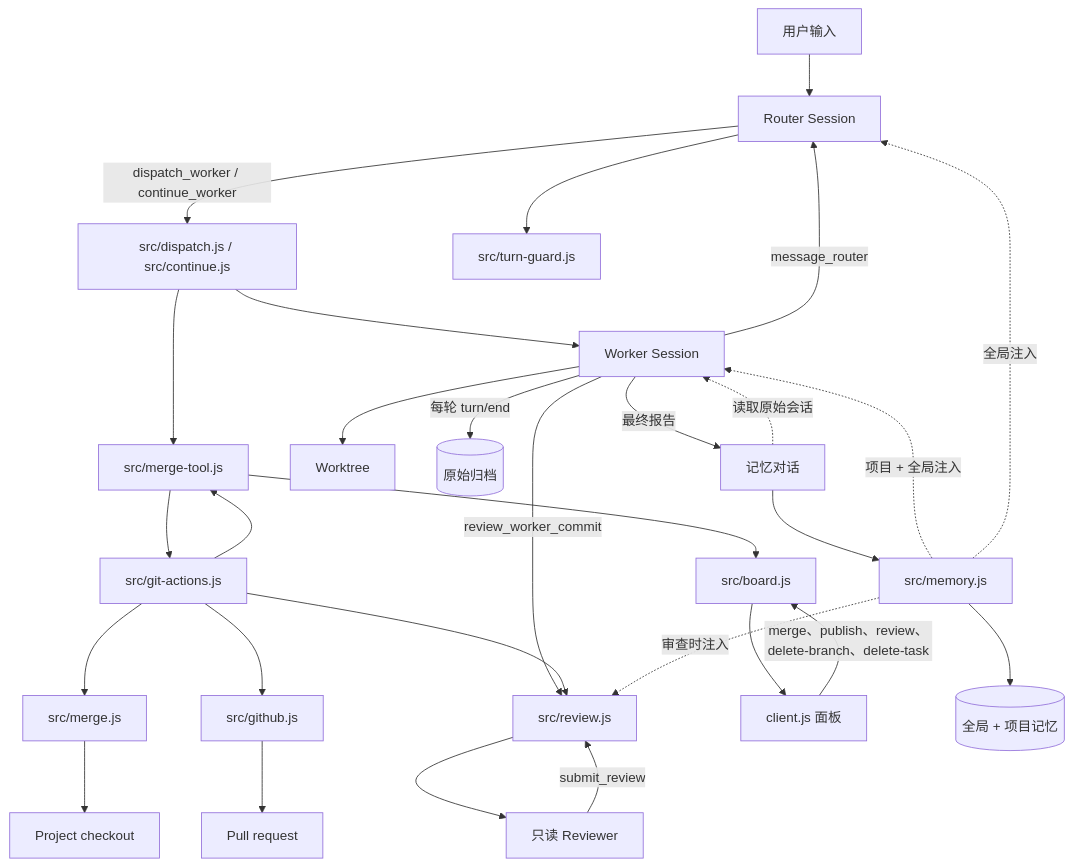
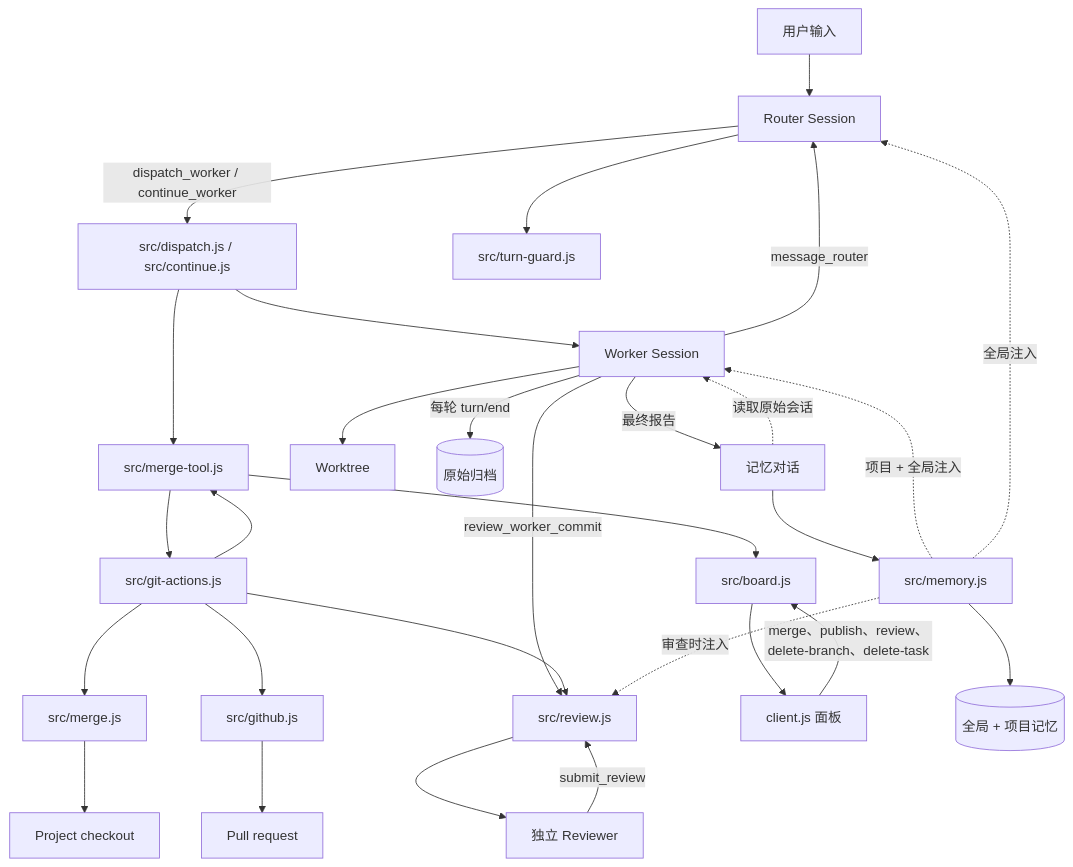
One commit to LMQ00/superagent-lite changed the diagram in docs/007-architecture.md. Above: the diagram before and after it, drawn with Mermaid. The commit also changed other lines of this file and 15 other files, not shown here.

````diff
--- a/docs/007-architecture.md
+++ b/docs/007-architecture.md
@@ -9,31 +9,31 @@
 ```mermaid
 flowchart TB
   U[用户输入] --> R[Router Session]
   R -->|dispatch_worker / continue_worker| D[src/dispatch.js / src/continue.js]
   D --> T[(Task 记录)]
   D --> W[Worker Session]
   W --> WT[Worktree]
   W -->|review_worker_commit| RV[src/review.js]
-  RV --> HR[只读 Reviewer]
+  RV --> HR[独立 Reviewer]
   HR -->|submit_review| RV
   W -->|message_router| R
   T --> G[src/git-actions.js]
   G --> M[src/merge.js]
   G --> T[src/merge-tool.js]
   G --> GH[src/github.js]
   G --> RV
   M --> P[Project checkout]
   GH --> PR[Pull request]
   T --> B[src/board.js]
   B --> C[client.js 面板]
   C -->|merge、publish、review、delete-branch、delete-task| B
   R --> TG[src/turn-guard.js]
   W -->|每轮 turn/end| RA[(原始归档)]
   W -->|最终报告| ME[记忆对话]
   ME -.->|读取原始会话| W
   ME --> MS[src/memory.js]
   MS --> MF[(全局 + 项目记忆)]
   MS -.->|项目 + 全局注入| W
   MS -.->|审查时注入| RV
   MS -.->|全局注入| R
 ```
````
